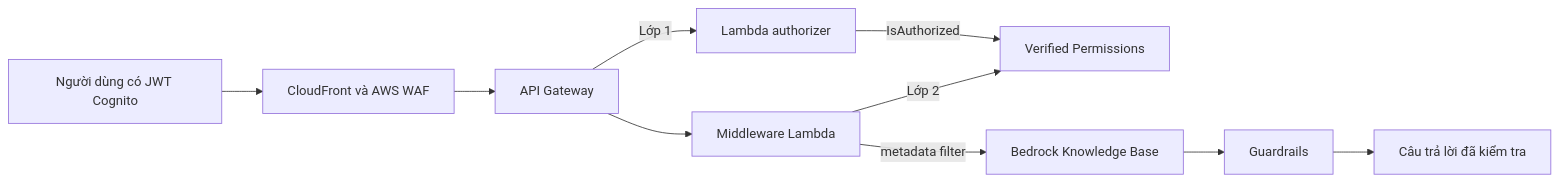
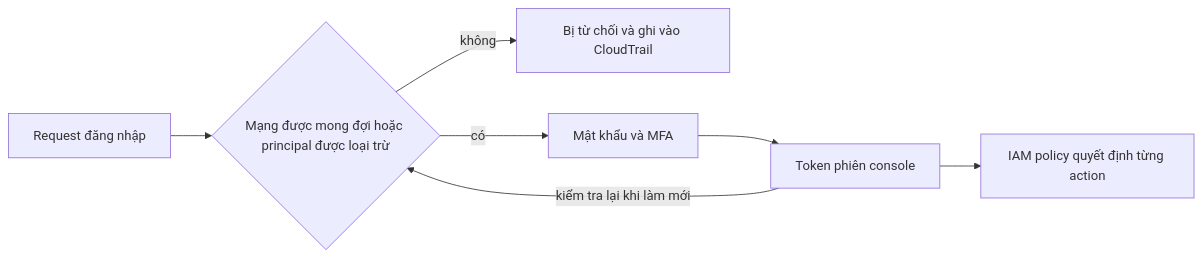
One commit to trmizy/FCAJ_Project_Personal changed the diagram in content/3-BlogsPosted/3.2-Blog2/_index.vi.md. Above: the diagram before and after it, drawn with Mermaid. The commit also changed other lines of this file and 11 other files, not shown here.

```diff
--- a/content/3-BlogsPosted/3.2-Blog2/_index.vi.md
+++ b/content/3-BlogsPosted/3.2-Blog2/_index.vi.md
@@ -38,12 +36,9 @@
 {{< mermaid >}}
 graph LR
-  U[Người dùng có JWT Cognito] --> W[CloudFront và AWS WAF]
-  W --> G[API Gateway]
-  G -- Lớp 1 --> A[Lambda authorizer]
-  A -- IsAuthorized --> P[Verified Permissions]
-  G --> M[Middleware Lambda]
-  M -- Lớp 2 --> P
-  M -- metadata filter --> K[Bedrock Knowledge Base]
-  K --> R[Guardrails]
-  R --> O[Câu trả lời đã kiểm tra]
+  S[Request đăng nhập] --> N{Mạng được mong đợi hoặc principal được loại trừ}
+  N -- không --> D[Bị từ chối và ghi vào CloudTrail]
+  N -- có --> A[Mật khẩu và MFA]
+  A --> T[Token phiên console]
+  T -- kiểm tra lại khi làm mới --> N
+  T --> I[IAM policy quyết định từng action]
 {{< /mermaid >}}
```
